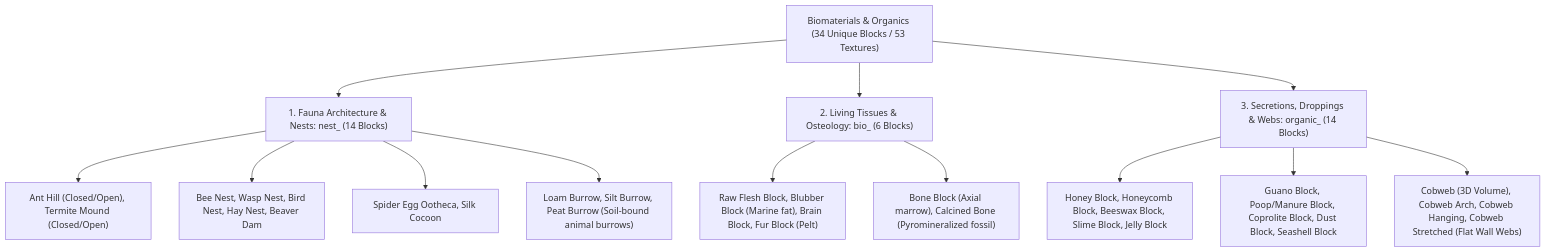
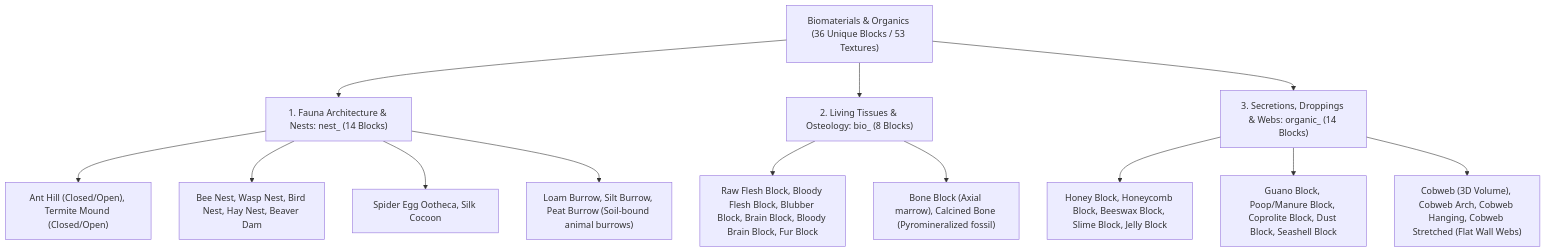
The diagram in docs/worldbuilding/blocks/organics_design.md (gabrtzweb/VoxelGameEngine), drawn with Mermaid before and after one commit. The commit also changed other lines of this file and 109 other files, not shown here.

````diff
--- a/docs/worldbuilding/blocks/organics_design.md
+++ b/docs/worldbuilding/blocks/organics_design.md
@@ -17,18 +17,18 @@
 ```mermaid
 graph TD
-    O["Biomaterials & Organics (34 Unique Blocks / 53 Textures)"] --> A["1. Fauna Architecture & Nests: nest_ (14 Blocks)"]
-    O --> B["2. Living Tissues & Osteology: bio_ (6 Blocks)"]
+    O["Biomaterials & Organics (36 Unique Blocks / 53 Textures)"] --> A["1. Fauna Architecture & Nests: nest_ (14 Blocks)"]
+    O --> B["2. Living Tissues & Osteology: bio_ (8 Blocks)"]
     O --> C["3. Secretions, Droppings & Webs: organic_ (14 Blocks)"]
 
     A --> A1["Ant Hill (Closed/Open), Termite Mound (Closed/Open)"]
     A --> A2["Bee Nest, Wasp Nest, Bird Nest, Hay Nest, Beaver Dam"]
     A --> A3["Spider Egg Ootheca, Silk Cocoon"]
     A --> A4["Loam Burrow, Silt Burrow, Peat Burrow (Soil-bound animal burrows)"]
 
-    B --> B1["Raw Flesh Block, Blubber Block (Marine fat), Brain Block, Fur Block (Pelt)"]
+    B --> B1["Raw Flesh Block, Bloody Flesh Block, Blubber Block, Brain Block, Bloody Brain Block, Fur Block"]
     B --> B2["Bone Block (Axial marrow), Calcined Bone (Pyromineralized fossil)"]
 
     C --> C1["Honey Block, Honeycomb Block, Beeswax Block, Slime Block, Jelly Block"]
     C --> C2["Guano Block, Poop/Manure Block, Coprolite Block, Dust Block, Seashell Block"]
     C --> C3["Cobweb (3D Volume), Cobweb Arch, Cobweb Hanging, Cobweb Stretched (Flat Wall Webs)"]
 ```
````
